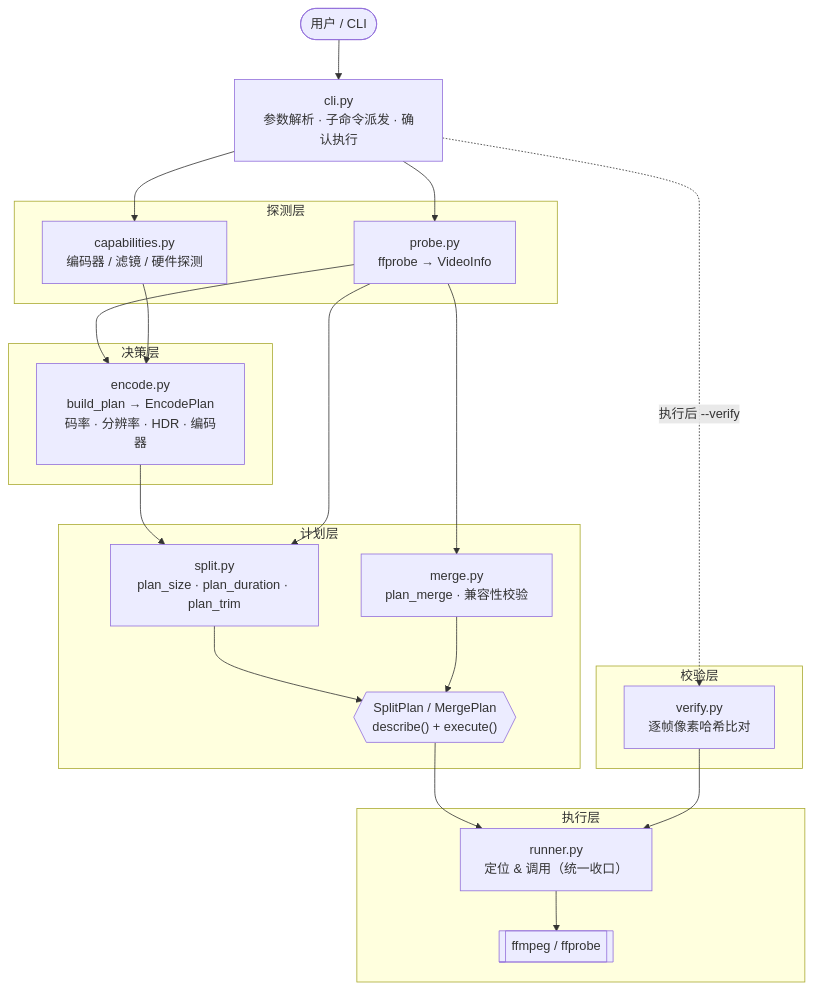
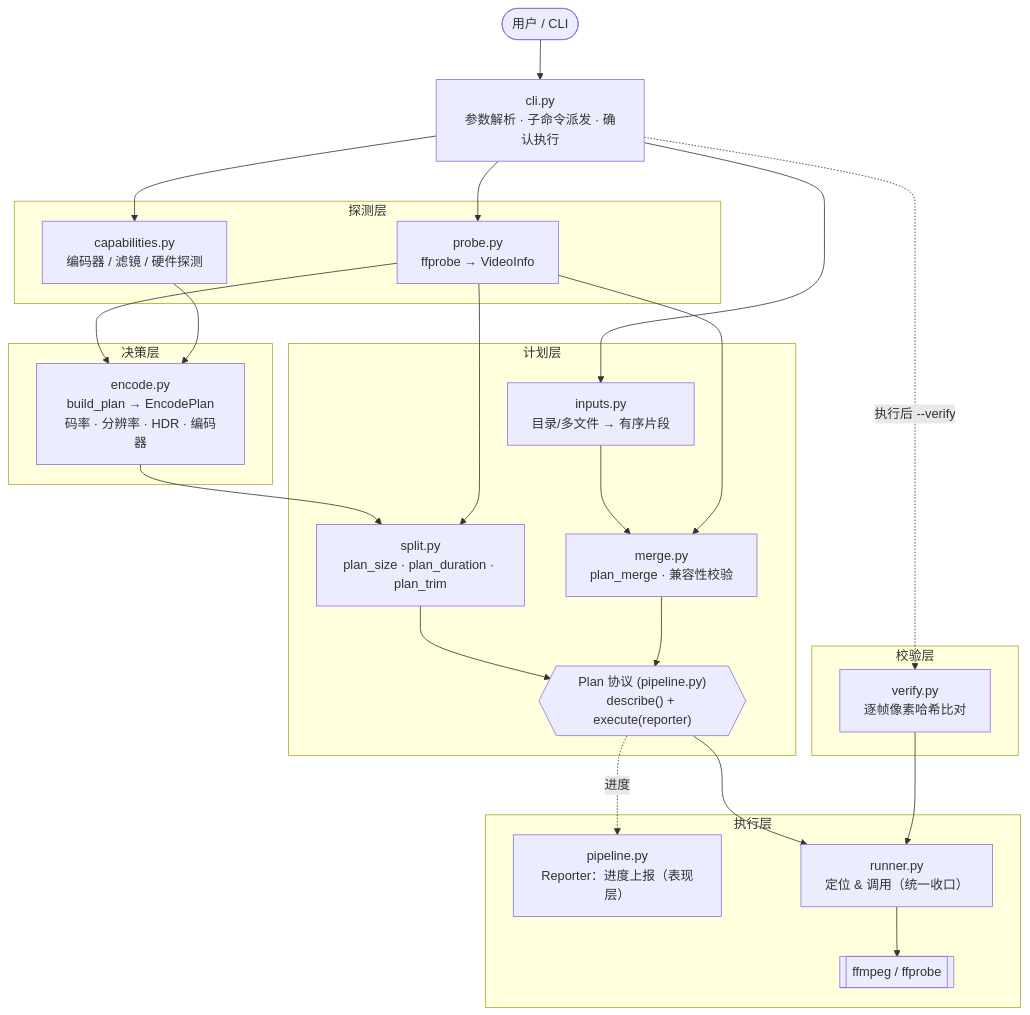
One commit to AndyUneducated/vclip changed the first of 6 diagrams in README.md. Above: the diagram before and after it, drawn with Mermaid. The commit also changed other lines of this file, not shown here.

First line of the commit message:
docs: add shrink/DMM one-liner scenarios and architecture diagram

````diff
--- a/README.md
+++ b/README.md
@@ -61,42 +132,47 @@
 ```mermaid
 flowchart TD
     U([用户 / CLI]) --> CLI["cli.py<br/>参数解析 · 子命令派发 · 确认执行"]
 
     subgraph 探测层
         PROBE["probe.py<br/>ffprobe → VideoInfo"]
         CAPS["capabilities.py<br/>编码器 / 滤镜 / 硬件探测"]
     end
 
     subgraph 决策层
         ENC["encode.py<br/>build_plan → EncodePlan<br/>码率 · 分辨率 · HDR · 编码器"]
     end
 
     subgraph 计划层
+        INPUTS["inputs.py<br/>目录/多文件 → 有序片段"]
         SPLIT["split.py<br/>plan_size · plan_duration · plan_trim"]
         MERGE["merge.py<br/>plan_merge · 兼容性校验"]
-        PLAN{{"SplitPlan / MergePlan<br/>describe() + execute()"}}
+        PLAN{{"Plan 协议 (pipeline.py)<br/>describe() + execute(reporter)"}}
     end
 
     subgraph 校验层
         VERIFY["verify.py<br/>逐帧像素哈希比对"]
     end
 
     subgraph 执行层
+        REP["pipeline.py<br/>Reporter：进度上报（表现层）"]
         RUN["runner.py<br/>定位 &amp; 调用（统一收口）"]
         FF[["ffmpeg / ffprobe"]]
     end
 
     CLI --> PROBE
     CLI --> CAPS
+    CLI --> INPUTS
     PROBE --> ENC
     CAPS --> ENC
     ENC --> SPLIT
     PROBE --> SPLIT
+    INPUTS --> MERGE
     PROBE --> MERGE
     SPLIT --> PLAN
     MERGE --> PLAN
     PLAN --> RUN
+    PLAN -.进度.-> REP
     CLI -.执行后 --verify.-> VERIFY
     VERIFY --> RUN
     RUN --> FF
 ```
````
